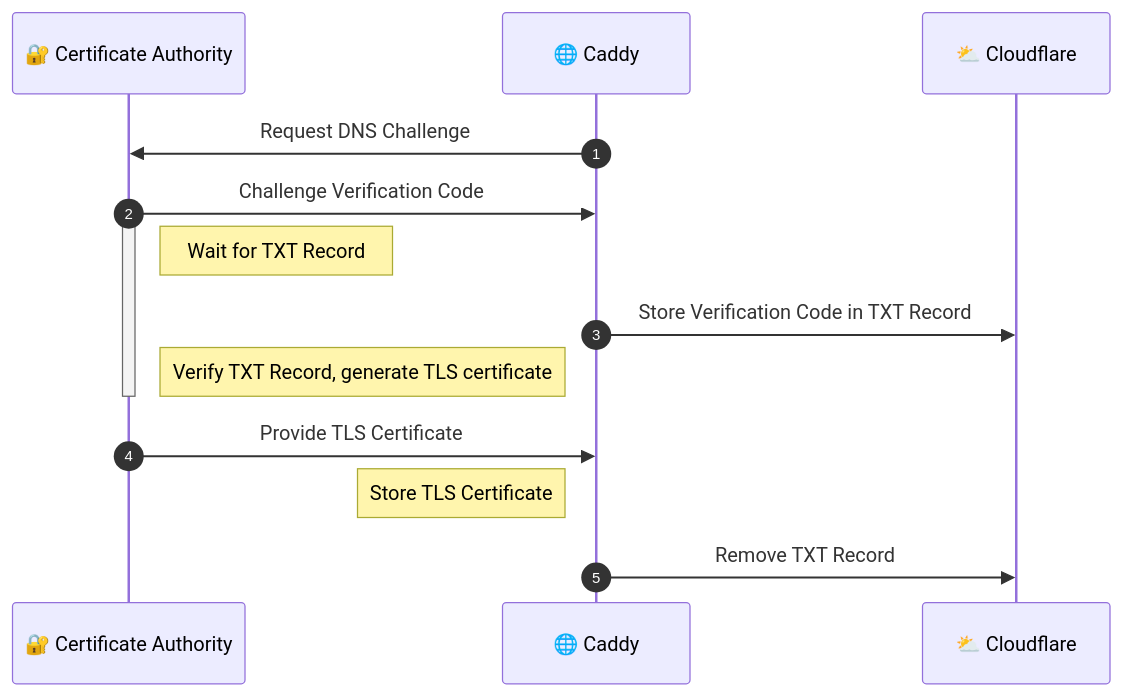
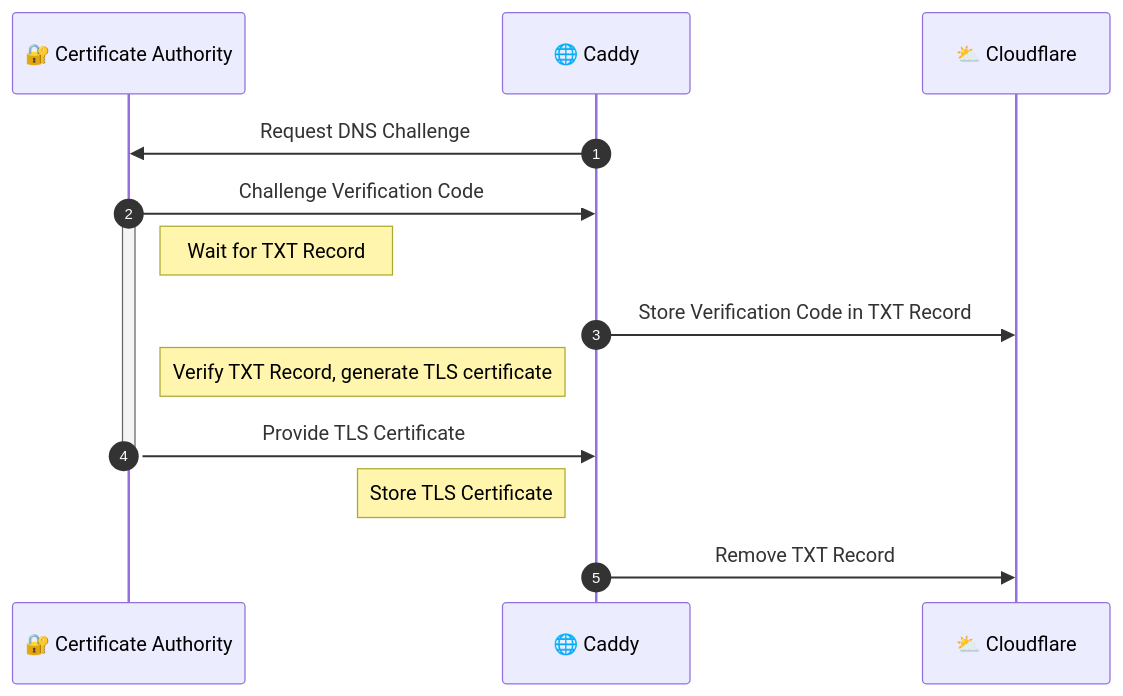
Before and after one commit to iksaku/jorgeglz.io: the diagram in src/content/blog/2023-06-08-https-behind-vpn/DnsChallengeDiagram.mermaid, drawn with Mermaid. The commit also changed other lines of this file and 2 other files, not shown here.

```diff
--- a/src/content/blog/2023-06-08-https-behind-vpn/DnsChallengeDiagram.mermaid
+++ b/src/content/blog/2023-06-08-https-behind-vpn/DnsChallengeDiagram.mermaid
@@ -1,19 +1,19 @@
 sequenceDiagram
   autonumber
   participant ca as 🔐 Certificate Authority
   participant caddy as 🌐 Caddy
   participant cf as ⛅ Cloudflare
 
   caddy->>ca: Request DNS Challenge
   ca->>caddy: Challenge Verification Code
   activate ca
   note right of ca: Wait for TXT Record
 
   caddy->>cf: Store Verification Code in TXT Record
 
   note right of ca: Verify TXT Record, generate TLS certificate
+  ca->>caddy: Provide TLS Certificate
   deactivate ca
-  ca->>caddy: Provide TLS Certificate
   note left of caddy: Store TLS Certificate
 
   caddy->>cf: Remove TXT Record
```
